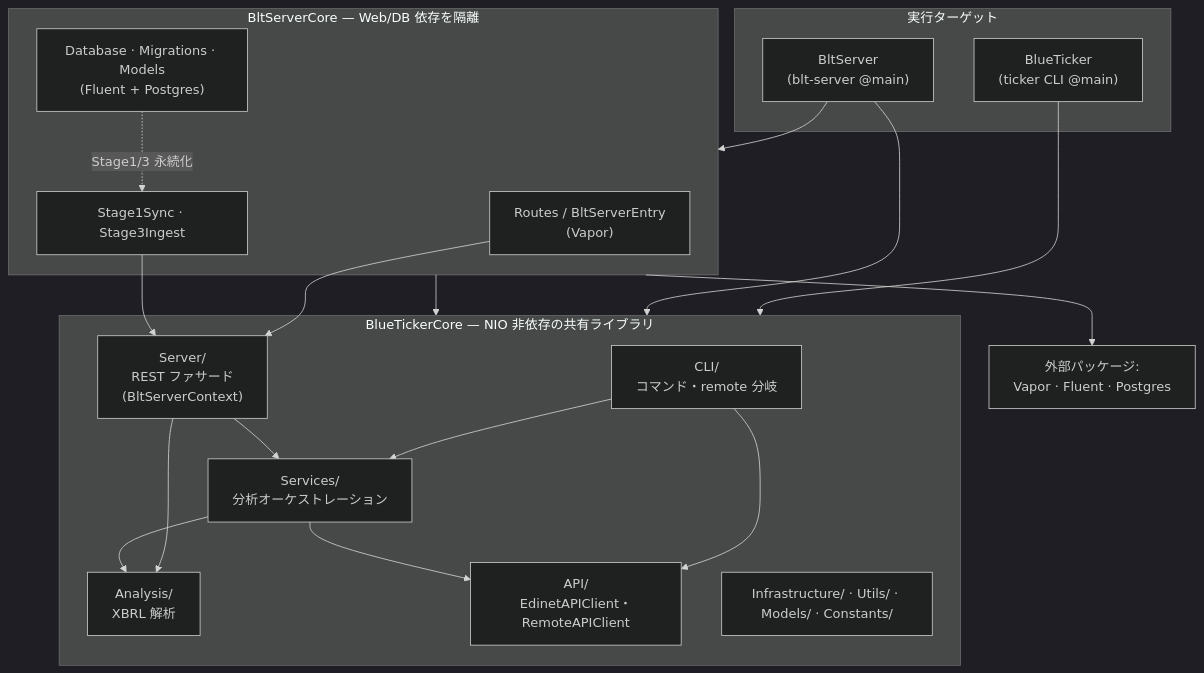
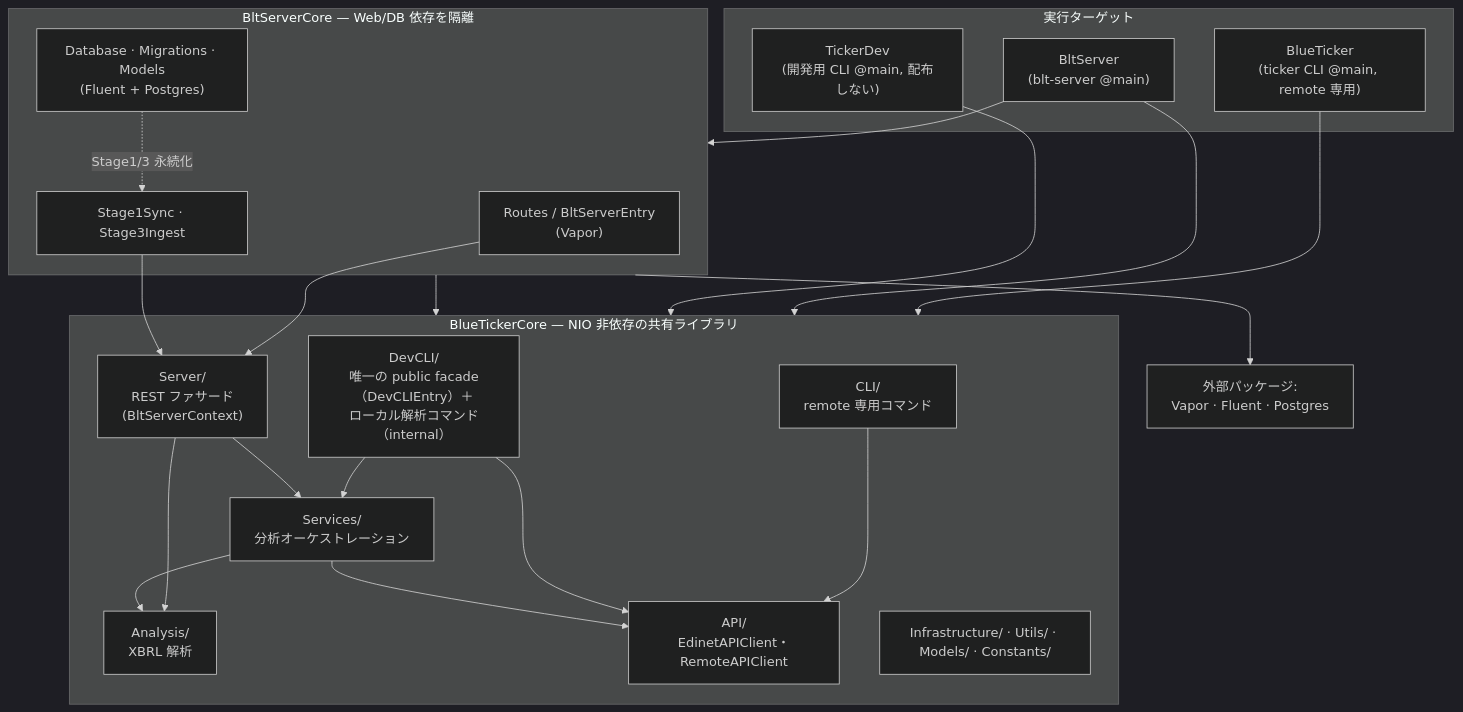
The first of 4 diagrams in docs/architecture.md (sollahiro/blue-ticker), drawn with Mermaid (dark theme) before and after one commit. The commit also changed other lines of this file and 32 other files, not shown here.

````diff
--- a/docs/architecture.md
+++ b/docs/architecture.md
@@ -23,40 +23,44 @@
 ```mermaid
 graph TD
     subgraph exe["実行ターゲット"]
-        ticker["BlueTicker<br/>(ticker CLI @main)"]
+        ticker["BlueTicker<br/>(ticker CLI @main, remote 専用)"]
         blt["BltServer<br/>(blt-server @main)"]
+        tickerdev["TickerDev<br/>(開発用 CLI @main, 配布しない)"]
     end
 
     subgraph core["BlueTickerCore — NIO 非依存の共有ライブラリ"]
-        CLI["CLI/<br/>コマンド・remote 分岐"]
+        CLI["CLI/<br/>remote 専用コマンド"]
+        DevCLI["DevCLI/<br/>唯一の public facade（DevCLIEntry）＋<br/>ローカル解析コマンド（internal）"]
         Server["Server/<br/>REST ファサード<br/>(BltServerContext)"]
         Services["Services/<br/>分析オーケストレーション"]
         Analysis["Analysis/<br/>XBRL 解析"]
         API["API/<br/>EdinetAPIClient・RemoteAPIClient"]
         Infra["Infrastructure/ · Utils/ · Models/ · Constants/"]
     end
 
     subgraph servercore["BltServerCore — Web/DB 依存を隔離"]
         Transport["Routes / BltServerEntry<br/>(Vapor)"]
         DB["Database · Migrations · Models<br/>(Fluent + Postgres)"]
         Stages["Stage1Sync · Stage3Ingest"]
     end
 
     ext["外部パッケージ:<br/>Vapor · Fluent · Postgres"]
 
     ticker --> core
     blt --> servercore
     blt --> core
+    tickerdev --> core
     servercore --> core
     servercore --> ext
 
-    CLI --> Services
     CLI --> API
+    DevCLI --> Services
+    DevCLI --> API
     Server --> Services
     Server --> Analysis
     Services --> Analysis
     Services --> API
     Transport --> Server
     Stages --> Server
     DB -.->|Stage1/3 永続化| Stages
 ```
````
